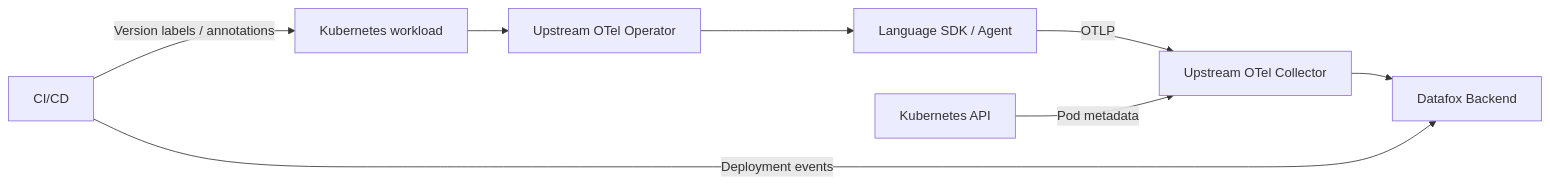
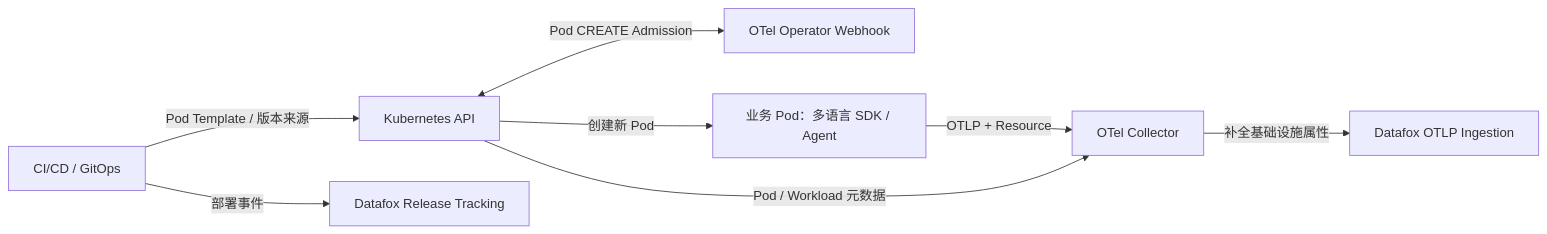
Before and after one commit to datafoxlabs/datafox-kubernetes: the diagram in ARCHITECTURE.md, drawn with Mermaid. The commit also changed other lines of this file and 2 other files, not shown here.

````diff
--- a/ARCHITECTURE.md
+++ b/ARCHITECTURE.md
@@ -18,10 +9,10 @@
 ```mermaid
 flowchart LR
-  CI["CI/CD"] -->|"Version labels / annotations"| K8s["Kubernetes workload"]
-  K8s --> OP["Upstream OTel Operator"]
-  OP --> App["Language SDK / Agent"]
-  App -->|"OTLP"| Collector["Upstream OTel Collector"]
-  KAPI["Kubernetes API"] -->|"Pod metadata"| Collector
-  Collector --> Backend["Datafox Backend"]
-  CI -->|"Deployment events"| Backend
+    CI["CI/CD / GitOps"] -->|"Pod Template / 版本来源"| K8s["Kubernetes API"]
+    K8s <-->|"Pod CREATE Admission"| Operator["OTel Operator Webhook"]
+    K8s -->|"创建新 Pod"| App["业务 Pod：多语言 SDK / Agent"]
+    App -->|"OTLP + Resource"| Collector["OTel Collector"]
+    K8s -->|"Pod / Workload 元数据"| Collector
+    Collector -->|"补全基础设施属性"| Ingest["Datafox OTLP Ingestion"]
+    CI -->|"部署事件"| Release["Datafox Release Tracking"]
 ```
````
